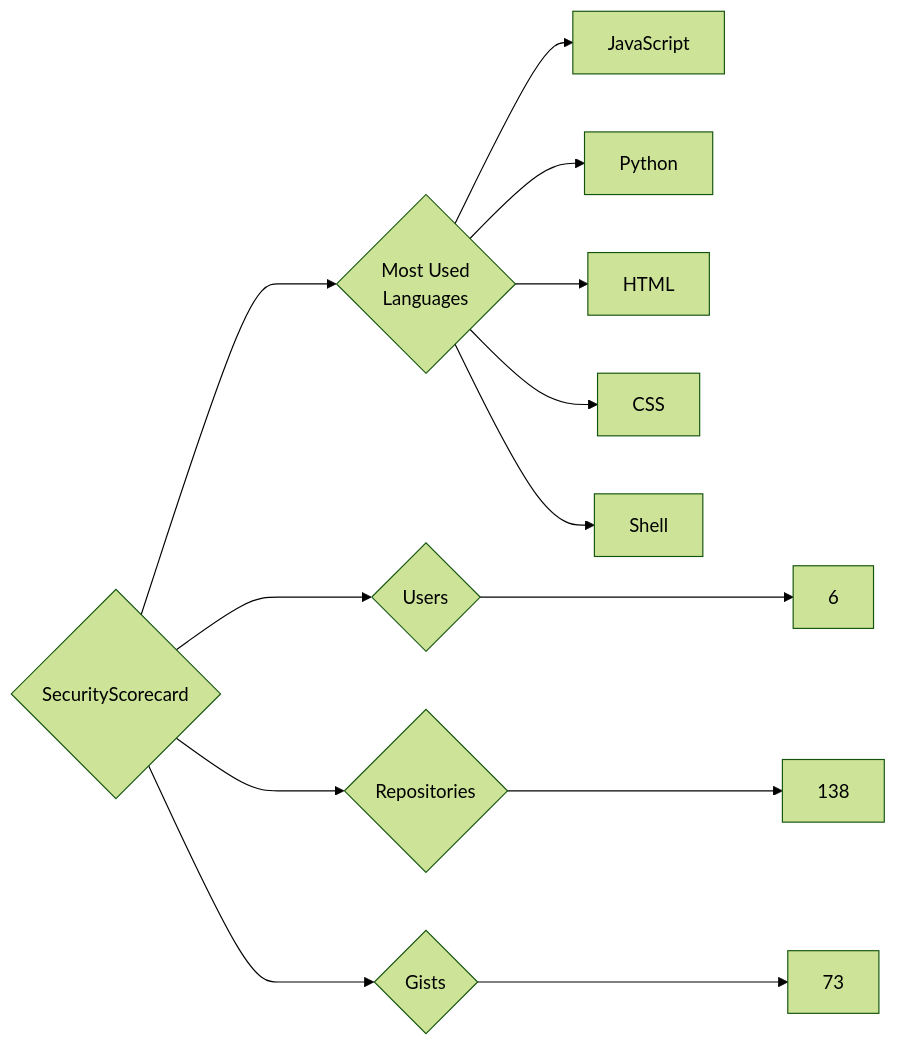
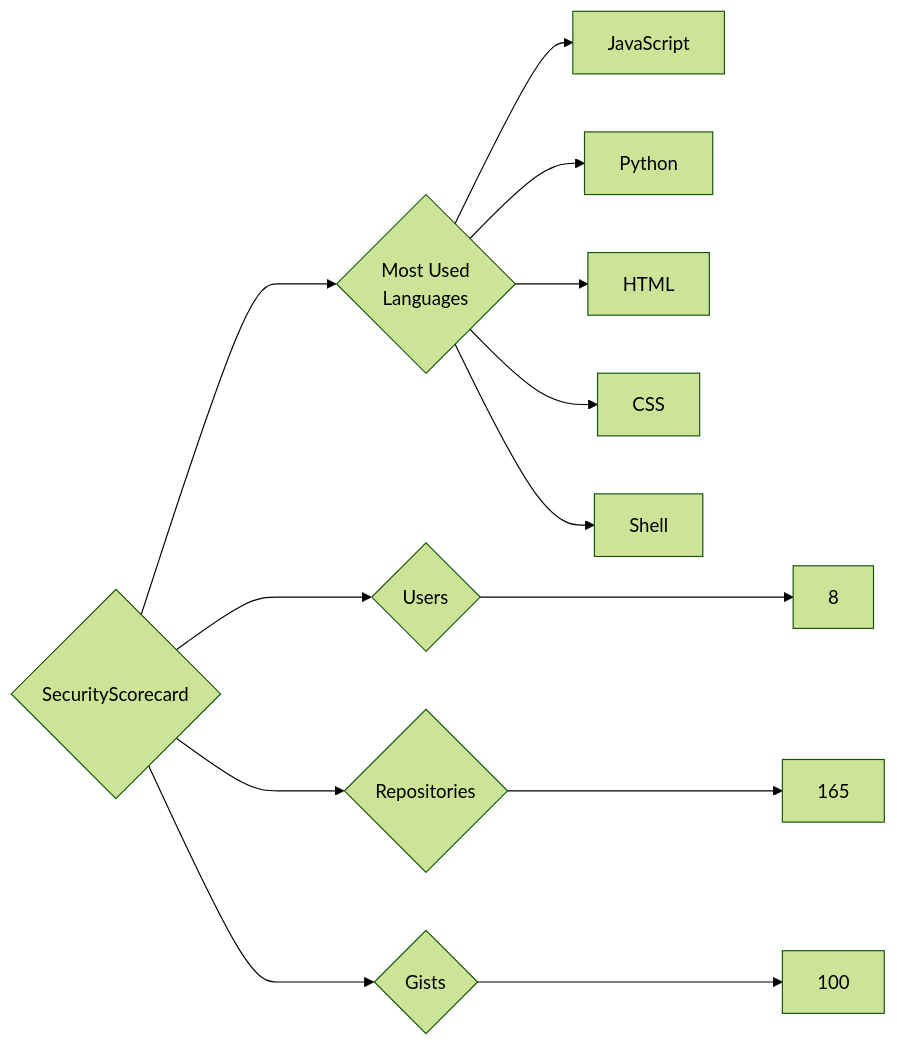
One commit to trickest/insiders changed the diagram in targets/SecurityScorecard/README.md. Above: the diagram before and after it, drawn with Mermaid (forest theme). The commit also changed 860 other files, not shown here.

````diff
--- a/targets/SecurityScorecard/README.md
+++ b/targets/SecurityScorecard/README.md
@@ -3,13 +3,13 @@
 ```mermaid
 graph LR
 COMPANY_NAME{SecurityScorecard}
-COMPANY_NAME ---> U{Users} ---> UN[6]
-COMPANY_NAME ---> R{Repositories} ---> RN[138]
-COMPANY_NAME ---> G{Gists} ---> GN[73]
+COMPANY_NAME ---> U{Users} ---> UN[8]
+COMPANY_NAME ---> R{Repositories} ---> RN[165]
+COMPANY_NAME ---> G{Gists} ---> GN[100]
 COMPANY_NAME ---> ML{Most Used<br>Languages}
 ML --> JavaScript[JavaScript]
 ML --> Python[Python]
 ML --> HTML[HTML]
 ML --> CSS[CSS]
 ML --> Shell[Shell]
 ```
````
